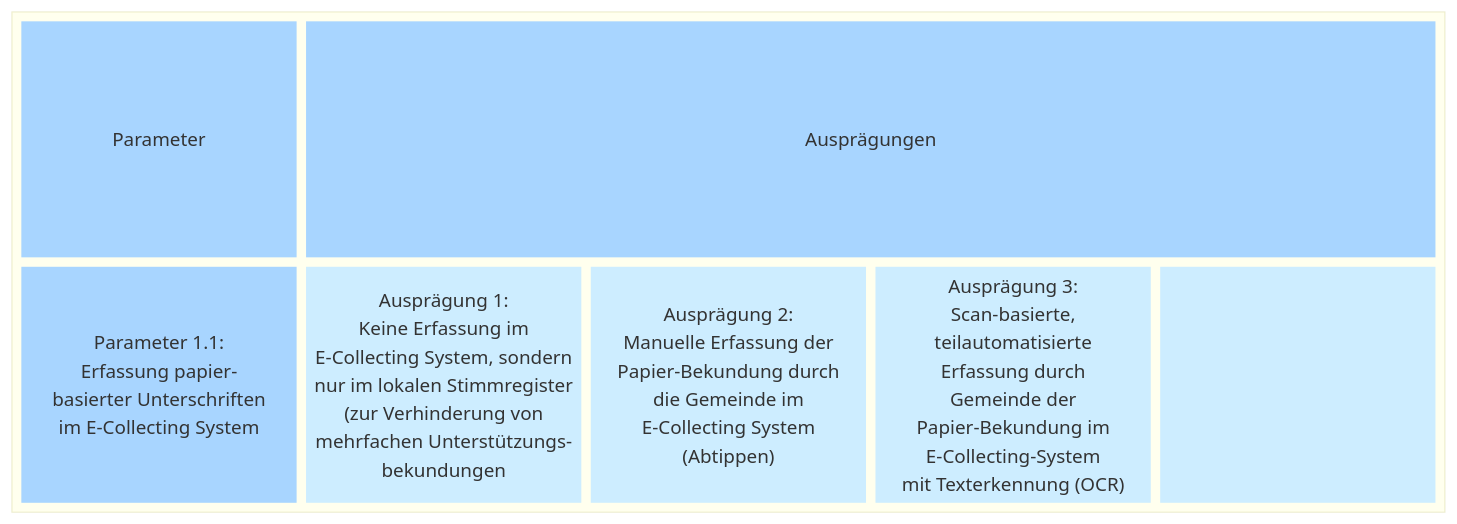
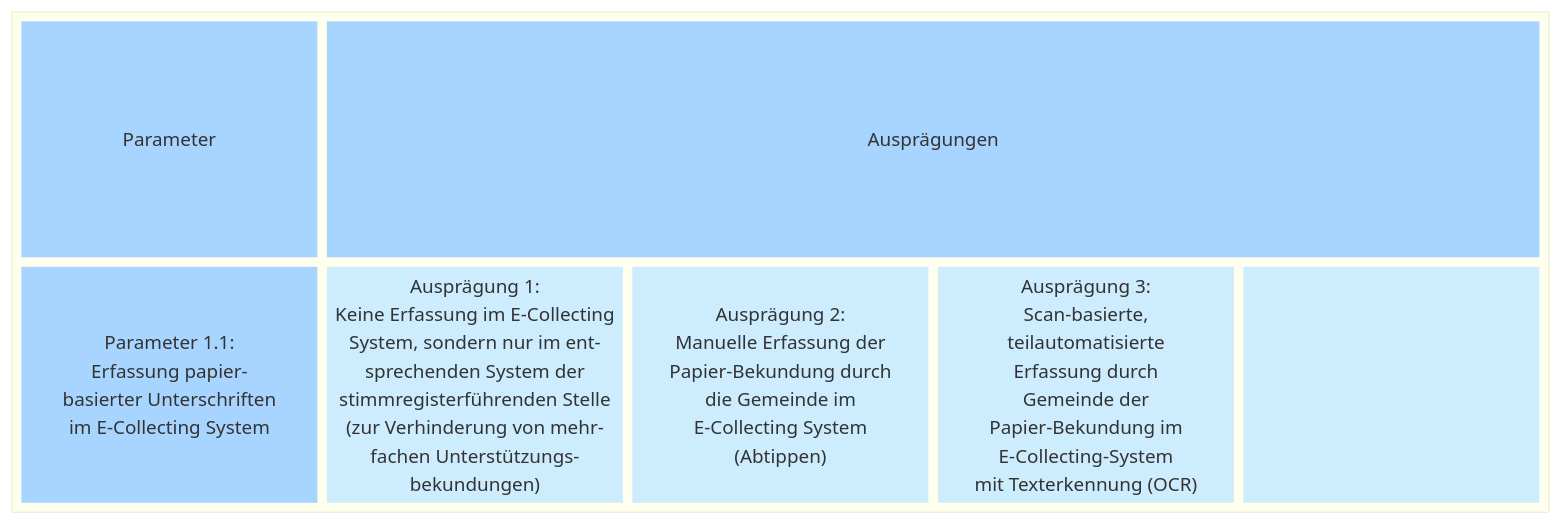
Before and after one commit to swiss/e-collecting: the second of 2 diagrams in docs/morphological-box/parameter-1-1.md, drawn with Mermaid. The commit also changed other lines of this file, not shown here.

Commit message:
docs: update parameter-1-1.md (variant 1)

````diff
--- a/docs/morphological-box/parameter-1-1.md
+++ b/docs/morphological-box/parameter-1-1.md
@@ -75,41 +78,42 @@
 ```mermaid
 block
   block
     columns 5
     t1["Parameter"]
     t2["Ausprägungen"]:4
     d["Parameter 1.1:
       Erfassung papier-
       basierter Unterschriften
       im E-Collecting System"]
     a1["Ausprägung 1:
-      Keine Erfassung im
-      E-Collecting System, sondern
-      nur im lokalen Stimmregister
-      (zur Verhinderung von
-      mehrfachen Unterstützungs-
-      bekundungen"]
+      Keine Erfassung im E-Collecting
+      System, sondern nur im ent-
+      sprechenden System der 
+      stimmregisterführenden Stelle
+      (zur Verhinderung von mehr-
+      fachen Unterstützungs-
+      bekundungen)"]
     a2["Ausprägung 2:
       Manuelle Erfassung der
       Papier-Bekundung durch
       die Gemeinde im 
       E-Collecting System
       (Abtippen)"]
     a3["Ausprägung 3:
       Scan-basierte,
       teilautomatisierte
       Erfassung durch
       Gemeinde der
       Papier-Bekundung im
       E-Collecting-System
       mit Texterkennung (OCR)"]
     a4["&nbsp;"]
     style t1 fill:#a8d5ff,stroke-width:0px
     style t2 fill:#a8d5ff,stroke-width:0px
     style d fill:#a8d5ff,stroke-width:0px,text-valign:top
     style a1 fill:#cdedff,stroke-width:0px
     style a2 fill:#cdedff,stroke-width:0px
     style a3 fill:#cdedff,stroke-width:0px
     style a4 fill:#cdedff,stroke-width:0px
   end
 ```
````
